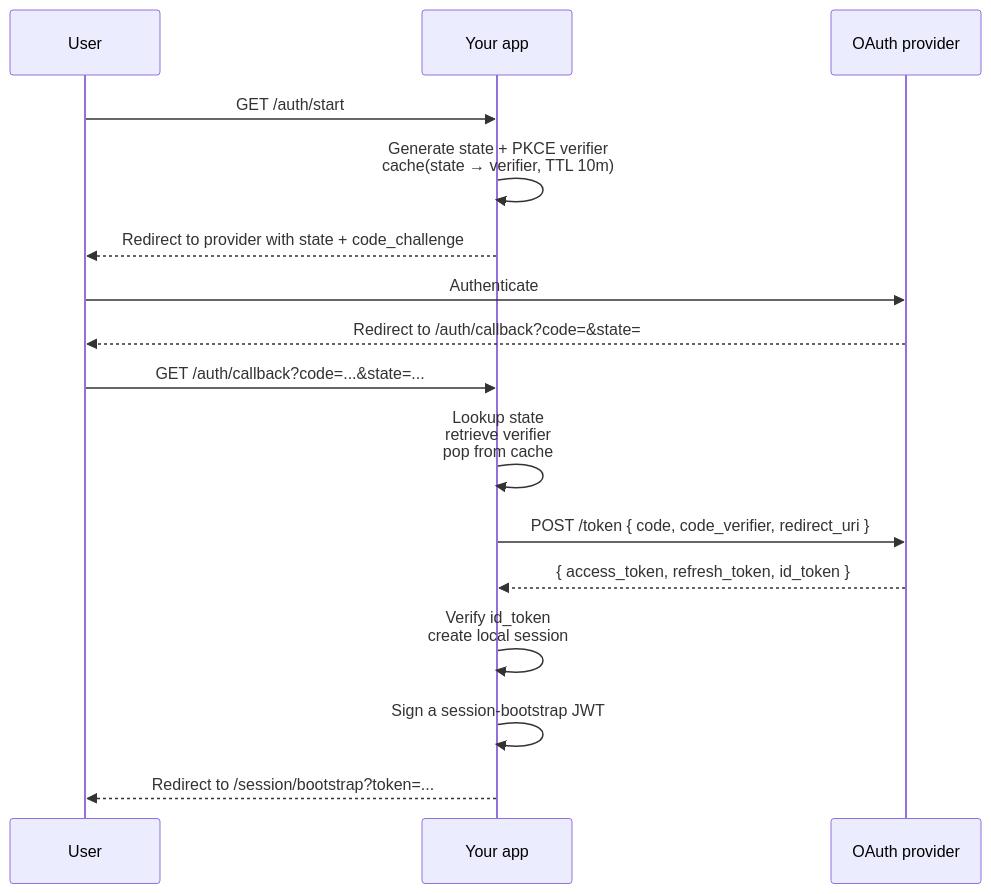
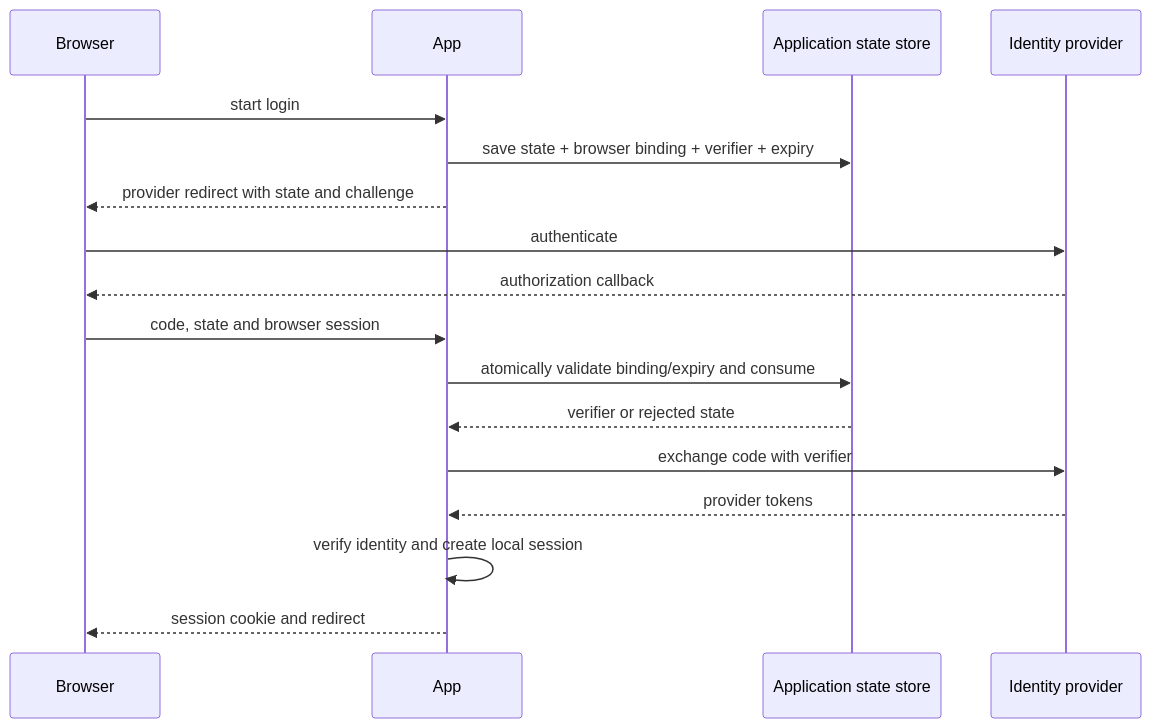
Before and after one commit to omnitron-dev/website: the diagram in docs/titan/recipes/oauth-callback.md, drawn with Mermaid. The commit also changed other lines of this file and 44 other files, not shown here.

````diff
--- a/docs/titan/recipes/oauth-callback.md
+++ b/docs/titan/recipes/oauth-callback.md
@@ -31,19 +30,19 @@
 ```mermaid
 sequenceDiagram
-  participant U as User
-  participant App as Your app
-  participant P as OAuth provider
-
-  U->>App: GET /auth/start
-  App->>App: Generate state + PKCE verifier<br/>cache(state → verifier, TTL 10m)
-  App-->>U: Redirect to provider with state + code_challenge
-  U->>P: Authenticate
-  P-->>U: Redirect to /auth/callback?code=&state=
-  U->>App: GET /auth/callback?code=...&state=...
-  App->>App: Lookup state<br/>retrieve verifier<br/>pop from cache
-  App->>P: POST /token { code, code_verifier, redirect_uri }
-  P-->>App: { access_token, refresh_token, id_token }
-  App->>App: Verify id_token<br/>create local session
-  App->>App: Sign a session-bootstrap JWT
-  App-->>U: Redirect to /session/bootstrap?token=...
+  participant Browser
+  participant App
+  participant State as Application state store
+  participant IDP as Identity provider
+  Browser->>App: start login
+  App->>State: save state + browser binding + verifier + expiry
+  App-->>Browser: provider redirect with state and challenge
+  Browser->>IDP: authenticate
+  IDP-->>Browser: authorization callback
+  Browser->>App: code, state and browser session
+  App->>State: atomically validate binding/expiry and consume
+  State-->>App: verifier or rejected state
+  App->>IDP: exchange code with verifier
+  IDP-->>App: provider tokens
+  App->>App: verify identity and create local session
+  App-->>Browser: session cookie and redirect
 ```
````
